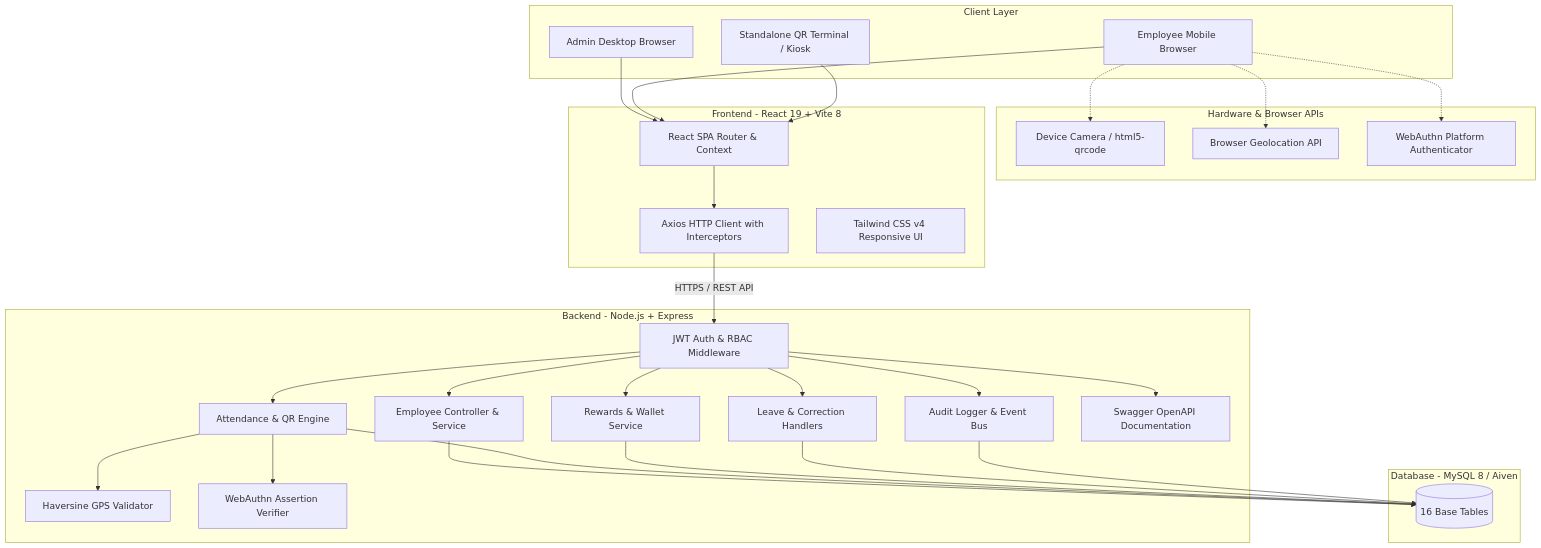
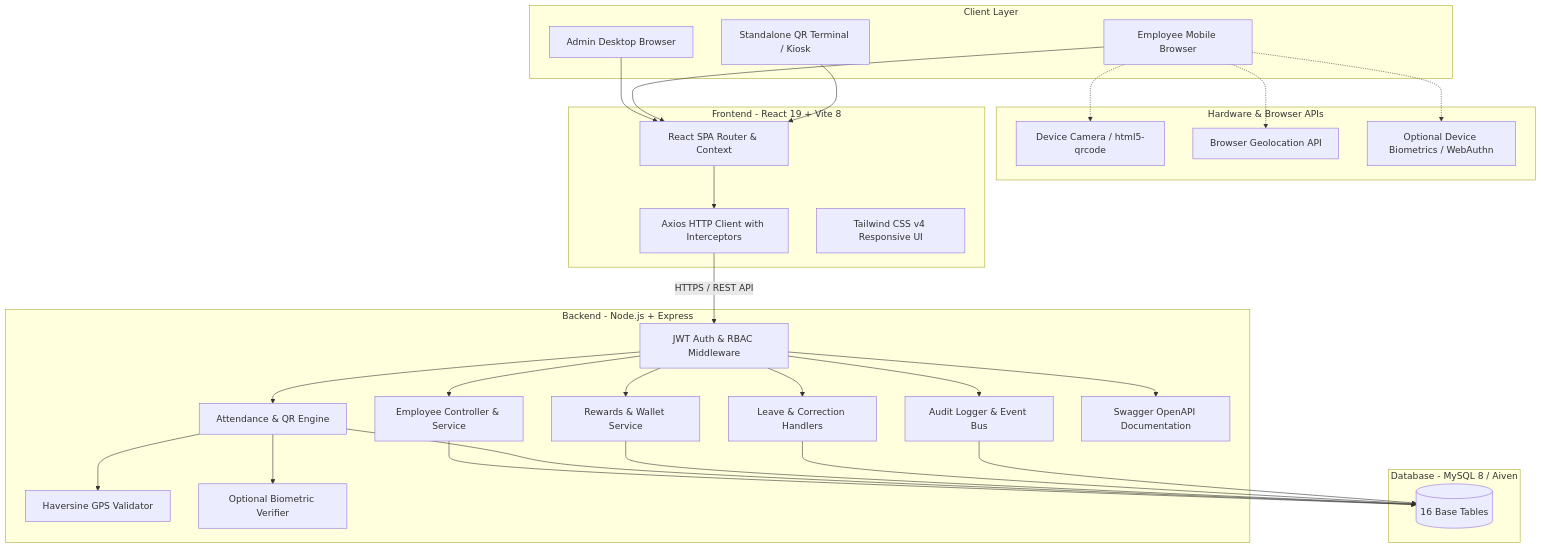
The first of 5 diagrams in README.md (shxam69/Twite-AI), drawn with Mermaid before and after one commit. The commit also changed other lines of this file and 37 other files, not shown here.

````diff
--- a/README.md
+++ b/README.md
@@ -301,63 +303,63 @@
 ```mermaid
 graph TD
     subgraph Client Layer
         A[Admin Desktop Browser]
         B[Employee Mobile Browser]
         C[Standalone QR Terminal / Kiosk]
     end
 
     subgraph Hardware & Browser APIs
         D[Device Camera / html5-qrcode]
         E[Browser Geolocation API]
-        F[WebAuthn Platform Authenticator]
+        F[Optional Device Biometrics / WebAuthn]
     end
 
     subgraph Frontend - React 19 + Vite 8
         G[React SPA Router & Context]
         H[Axios HTTP Client with Interceptors]
         I[Tailwind CSS v4 Responsive UI]
     end
 
     subgraph Backend - Node.js + Express
         J[JWT Auth & RBAC Middleware]
         K[Employee Controller & Service]
         L[Attendance & QR Engine]
         M[Haversine GPS Validator]
-        N[WebAuthn Assertion Verifier]
+        N[Optional Biometric Verifier]
         O[Rewards & Wallet Service]
         P[Leave & Correction Handlers]
         Q[Audit Logger & Event Bus]
         R[Swagger OpenAPI Documentation]
     end
 
     subgraph Database - MySQL 8 / Aiven
         S[(16 Base Tables)]
     end
 
     A --> G
     B --> G
     C --> G
 
     B -.-> D
     B -.-> E
     B -.-> F
 
     G --> H
     H -->|HTTPS / REST API| J
 
     J --> K
     J --> L
     J --> O
     J --> P
     J --> Q
     J --> R
 
     L --> M
     L --> N
 
     K --> S
     L --> S
     O --> S
     P --> S
     Q --> S
 ```
````
